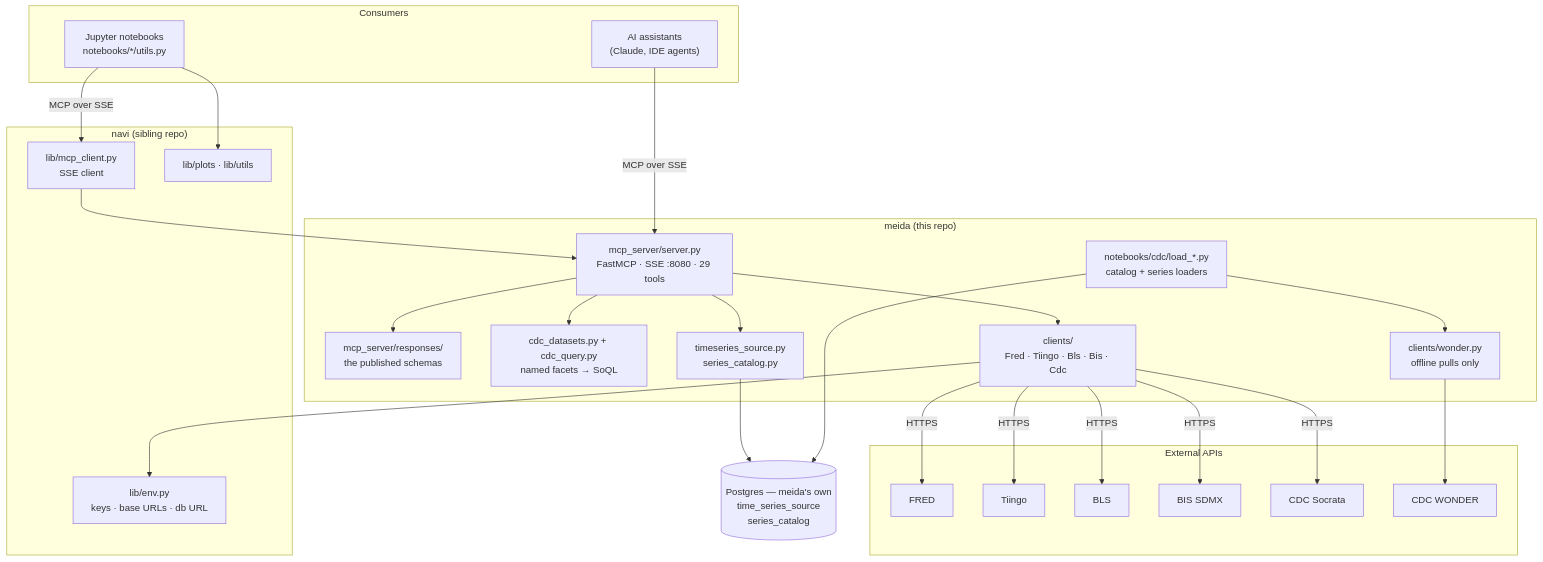
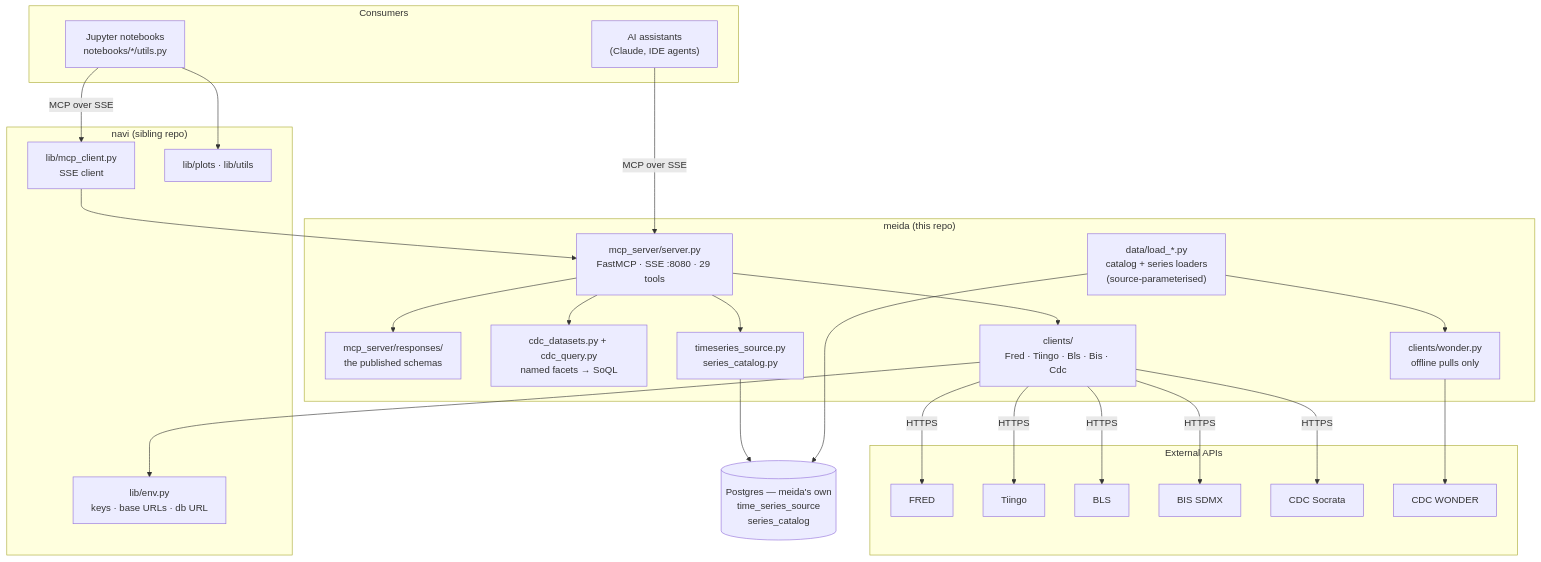
One commit to glyfish/sefer changed the first of 4 diagrams in meida/architecture.md. Above: the diagram before and after it, drawn with Mermaid. The commit also changed 2 other files, not shown here.

Commit message:
Point the docs at data/ for the loaders
They moved out of notebooks/cdc/ and take a source argument now.

````diff
--- a/meida/architecture.md
+++ b/meida/architecture.md
@@ -23,46 +23,46 @@
 ```mermaid
 graph TB
     subgraph consumers["Consumers"]
         AI["AI assistants<br/>(Claude, IDE agents)"]
         NB["Jupyter notebooks<br/>notebooks/*/utils.py"]
     end
 
     subgraph meida["meida (this repo)"]
         SRV["mcp_server/server.py<br/>FastMCP · SSE :8080 · 29 tools"]
         RESP["mcp_server/responses/<br/>the published schemas"]
         QRY["cdc_datasets.py + cdc_query.py<br/>named facets → SoQL"]
         DBR["timeseries_source.py<br/>series_catalog.py"]
         CL["clients/<br/>Fred · Tiingo · Bls · Bis · Cdc"]
         WC["clients/wonder.py<br/>offline pulls only"]
-        LOAD["notebooks/cdc/load_*.py<br/>catalog + series loaders"]
+        LOAD["data/load_*.py<br/>catalog + series loaders<br/>(source-parameterised)"]
     end
 
     subgraph navi["navi (sibling repo)"]
         ENV["lib/env.py<br/>keys · base URLs · db URL"]
         MCPC["lib/mcp_client.py<br/>SSE client"]
         PLOT["lib/plots · lib/utils"]
     end
 
     DB[("Postgres — meida's own<br/>time_series_source<br/>series_catalog")]
 
     subgraph ext["External APIs"]
         FRED["FRED"]
         TIINGO["Tiingo"]
         BLS["BLS"]
         BIS["BIS SDMX"]
         SOC["CDC Socrata"]
         WON["CDC WONDER"]
     end
 
     AI -->|MCP over SSE| SRV
     NB -->|MCP over SSE| MCPC --> SRV
     NB --> PLOT
     SRV --> RESP
     SRV --> QRY
     SRV --> DBR --> DB
     SRV --> CL
     CL --> ENV
     LOAD --> DB
     LOAD --> WC --> WON
     CL -->|HTTPS| FRED & TIINGO & BLS & BIS & SOC
 ```
````
